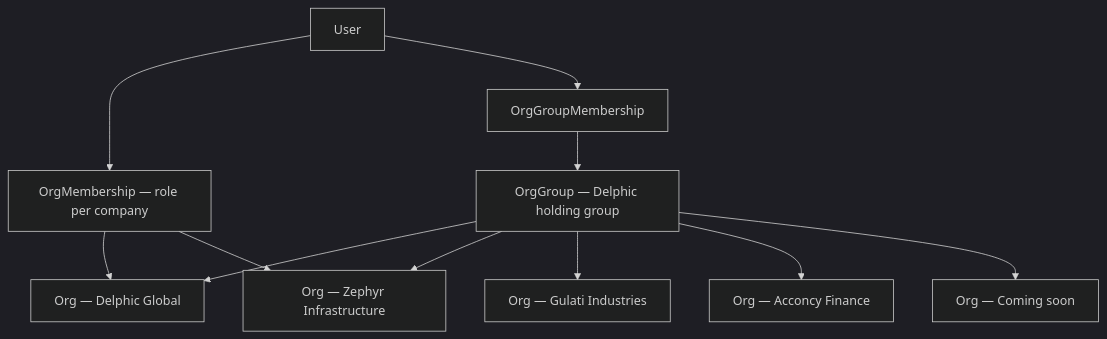
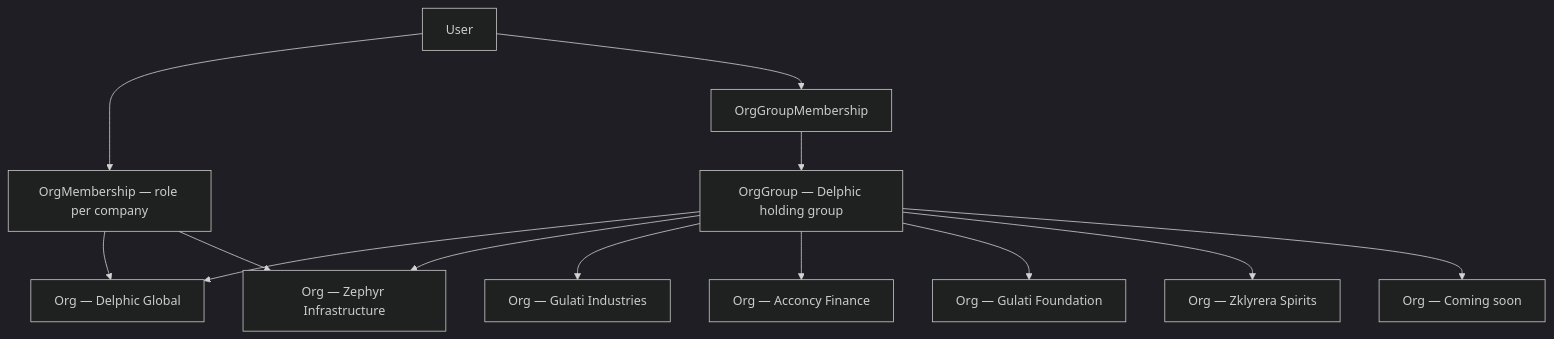
One commit to radheshDelphic12/delphic-one-new changed the tenth of 12 diagrams in docs/architecture/ARCHITECTURE-OVERVIEW.md. Above: the diagram before and after it, drawn with Mermaid (dark theme). The commit also changed other lines of this file and 7 other files, not shown here.

Commit message:
docs: README, architecture overview and feature docs for Zklyrera, shared Sales requirements, reports drill-down and the deploy flow

````diff
--- a/docs/architecture/ARCHITECTURE-OVERVIEW.md
+++ b/docs/architecture/ARCHITECTURE-OVERVIEW.md
@@ -333,15 +333,17 @@
 ```mermaid
 flowchart TB
   Group[OrgGroup — Delphic holding group]
   Group --> O1[Org — Delphic Global]
   Group --> O2[Org — Zephyr Infrastructure]
   Group --> O3[Org — Gulati Industries]
   Group --> O4[Org — Acconcy Finance]
-  Group --> O5[Org — Coming soon]
+  Group --> O5[Org — Gulati Foundation]
+  Group --> O6[Org — Zklyrera Spirits]
+  Group --> O7[Org — Coming soon]
 
   User[User] --> M[OrgMembership — role per company]
   M --> O1
   M --> O2
   User --> GM[OrgGroupMembership]
   GM --> Group
 ```
````
